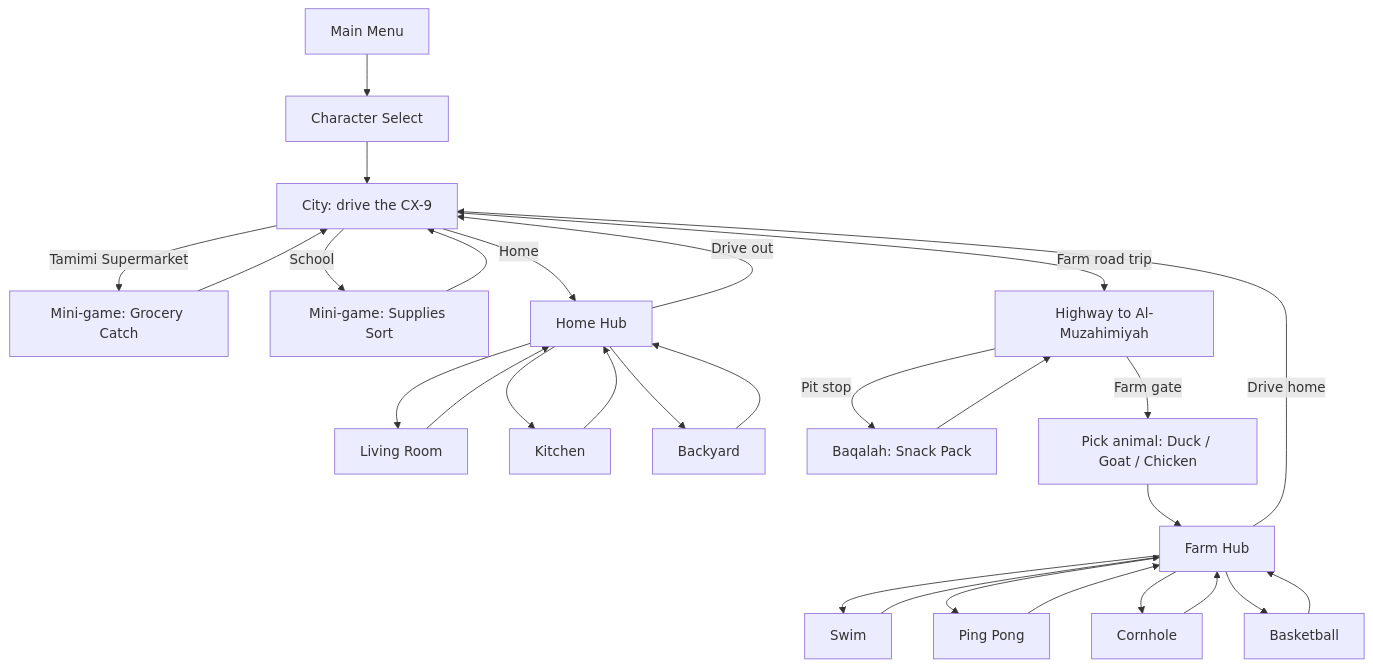
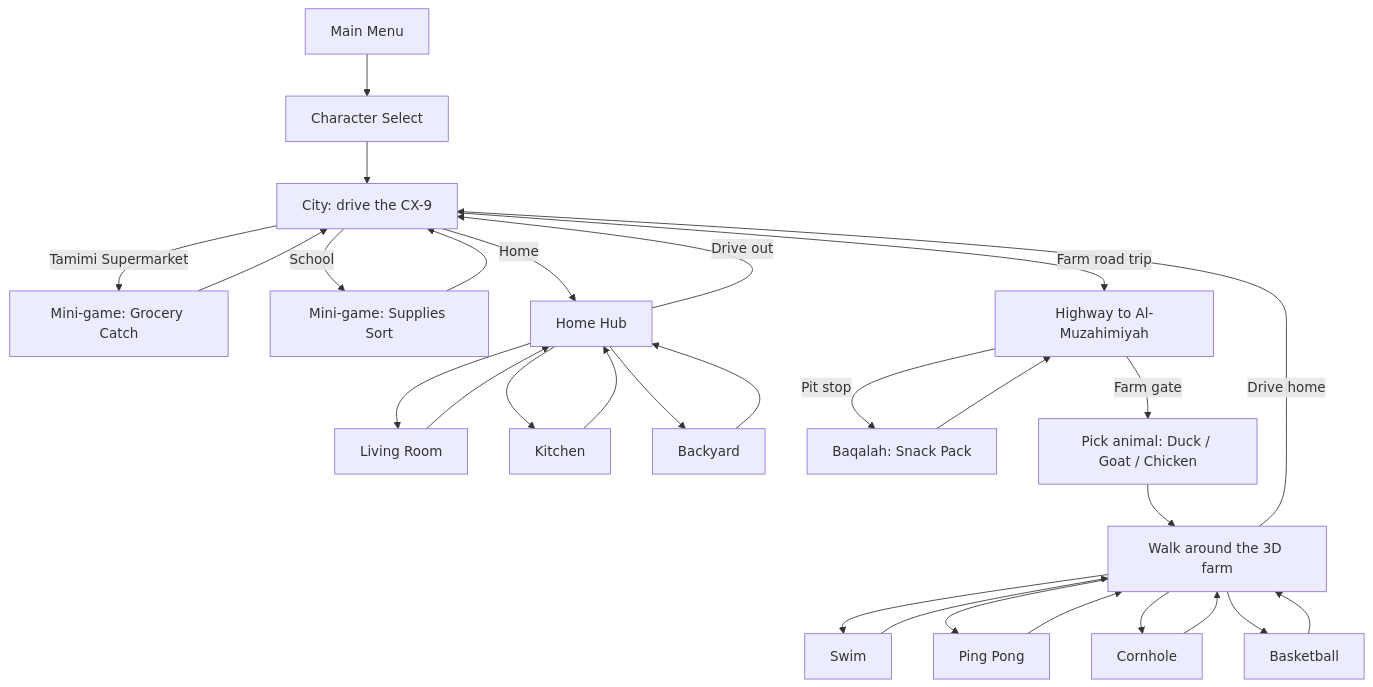
Before and after one commit to ffawazz/RiyadhCityGame: the diagram in docs/GDD.md, drawn with Mermaid. The commit also changed other lines of this file and 32 other files, not shown here.

````diff
--- a/docs/GDD.md
+++ b/docs/GDD.md
@@ -34,18 +34,18 @@
 ```mermaid
 flowchart TD
     A[Main Menu] --> B[Character Select]
     B --> C[City: drive the CX-9]
     C -->|Tamimi Supermarket| S[Mini-game: Grocery Catch] --> C
     C -->|School| K[Mini-game: Supplies Sort] --> C
     C -->|Home| H[Home Hub]
     H --> H1[Living Room] & H2[Kitchen] & H3[Backyard]
     H1 & H2 & H3 --> H
     H -->|Drive out| C
     C -->|Farm road trip| R[Highway to Al-Muzahimiyah]
     R -->|Pit stop| P[Baqalah: Snack Pack] --> R
     R -->|Farm gate| F[Pick animal: Duck / Goat / Chicken]
-    F --> FH[Farm Hub]
+    F --> FH[Walk around the 3D farm]
     FH --> F1[Swim] & F2[Ping Pong] & F3[Cornhole] & F4[Basketball]
     F1 & F2 & F3 & F4 --> FH
     FH -->|Drive home| C
 ```
````
